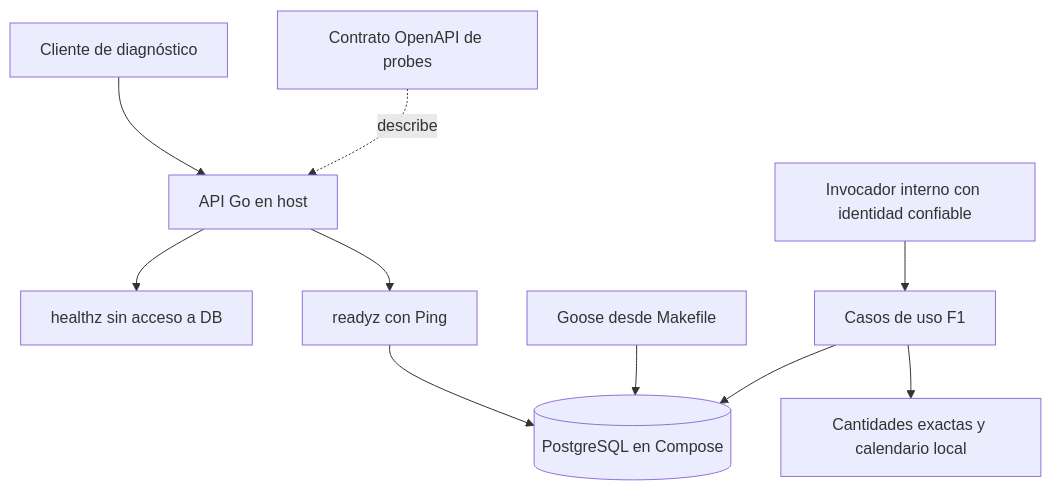
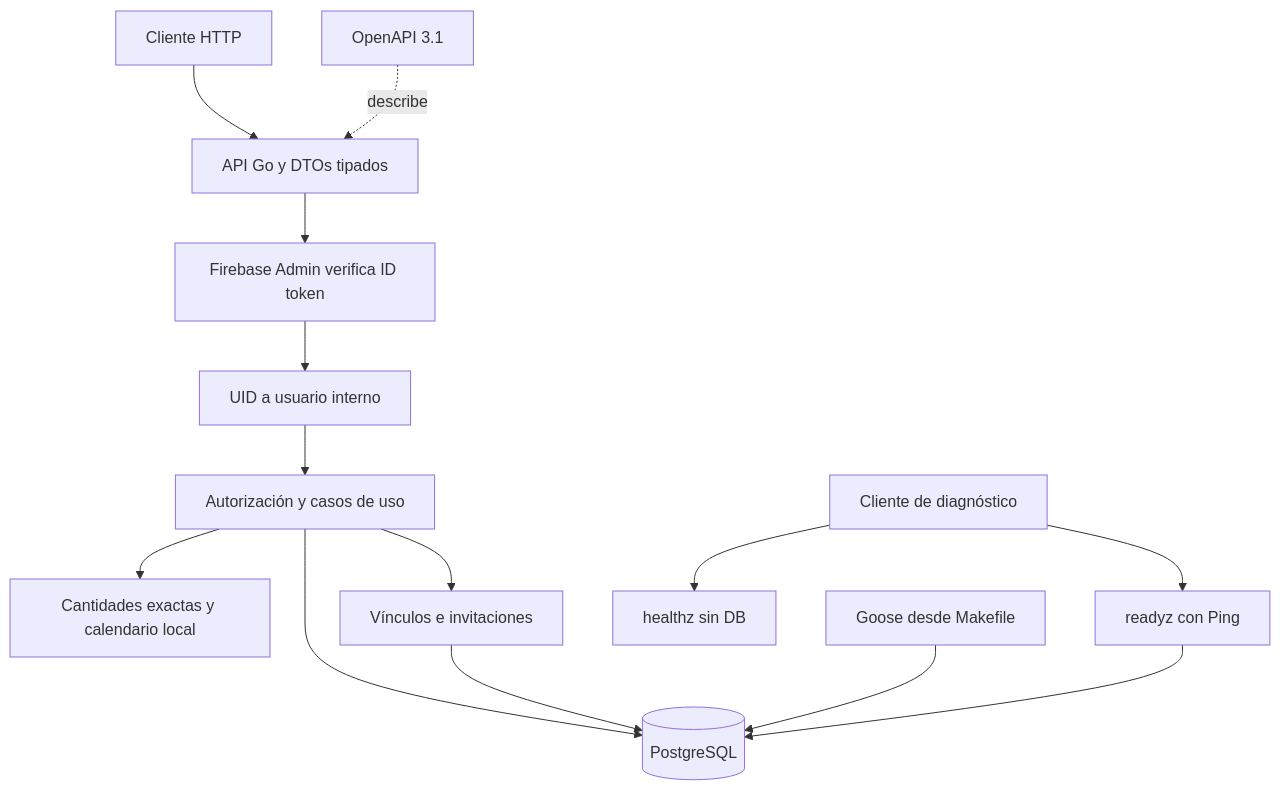
One commit to Nandem1/nndsk-medication-tracker changed the diagram in docs/00-home.md. Above: the diagram before and after it, drawn with Mermaid. The commit also changed other lines of this file and 34 other files, not shown here.

Commit message:
feat: complete F2 HTTP API, identity and permissions

````diff
--- a/docs/00-home.md
+++ b/docs/00-home.md
@@ -5,12 +5,16 @@
 ```mermaid
 flowchart TB
-    Probe[Cliente de diagnóstico] --> API[API Go en host]
-    API --> Health[healthz sin acceso a DB]
-    API --> Ready[readyz con Ping]
-    Ready --> DB[(PostgreSQL en Compose)]
+    Client[Cliente HTTP] --> HTTP[API Go y DTOs tipados]
+    HTTP --> Identity[Firebase Admin verifica ID token]
+    Identity --> User[UID a usuario interno]
+    User --> UseCases[Autorización y casos de uso]
+    UseCases --> Domain[Cantidades exactas y calendario local]
+    UseCases --> DB[(PostgreSQL)]
+    UseCases --> Consent[Vínculos e invitaciones]
+    Consent --> DB
+    Probe[Cliente de diagnóstico] --> Health[healthz sin DB]
+    Probe --> Ready[readyz con Ping]
+    Ready --> DB
     Goose[Goose desde Makefile] --> DB
-    Contract[Contrato OpenAPI de probes] -. describe .-> API
-    Caller[Invocador interno con identidad confiable] --> UseCases[Casos de uso F1]
-    UseCases --> Domain[Cantidades exactas y calendario local]
-    UseCases --> DB
+    Contract[OpenAPI 3.1] -. describe .-> HTTP
 ```
````
